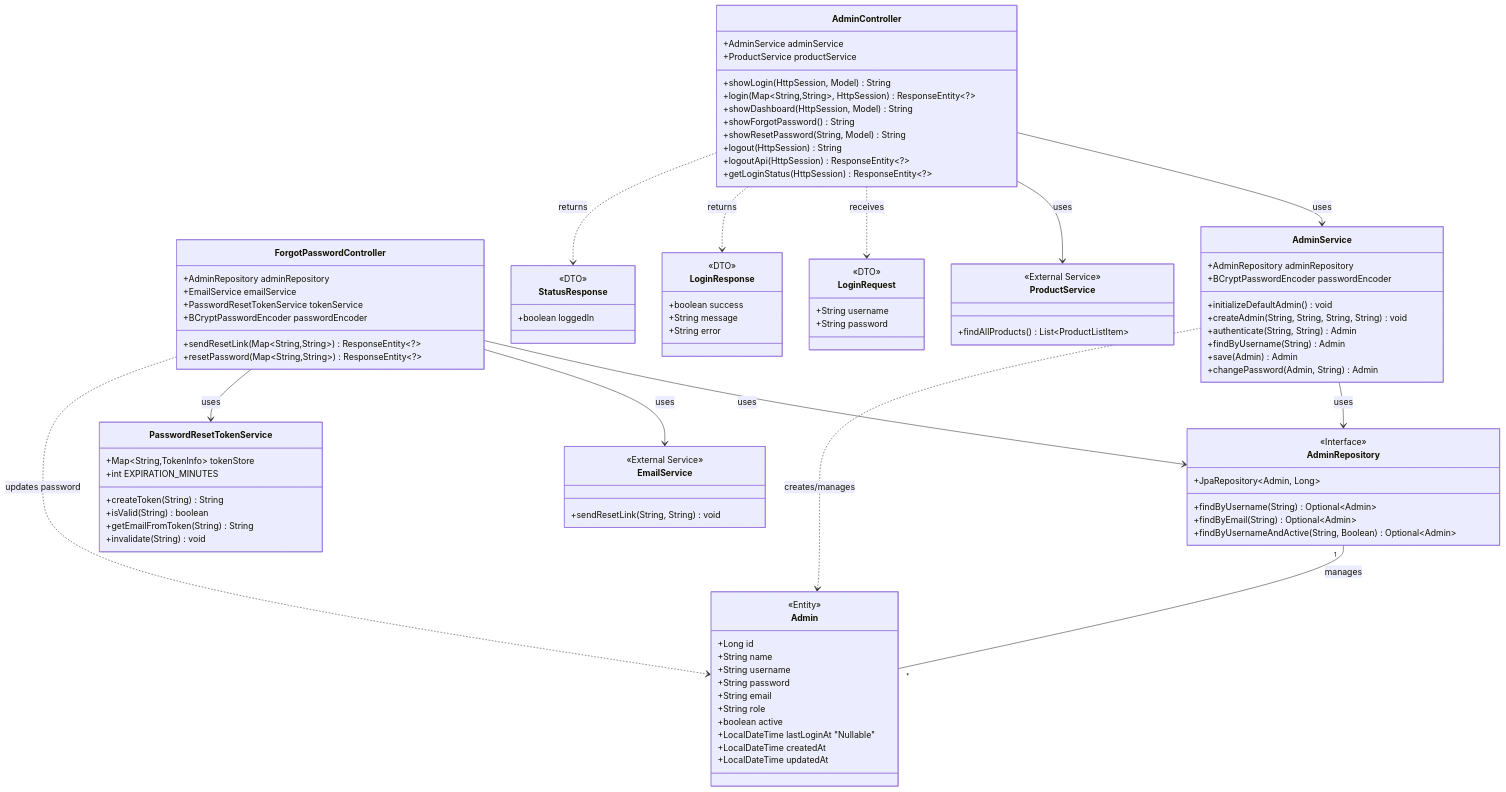
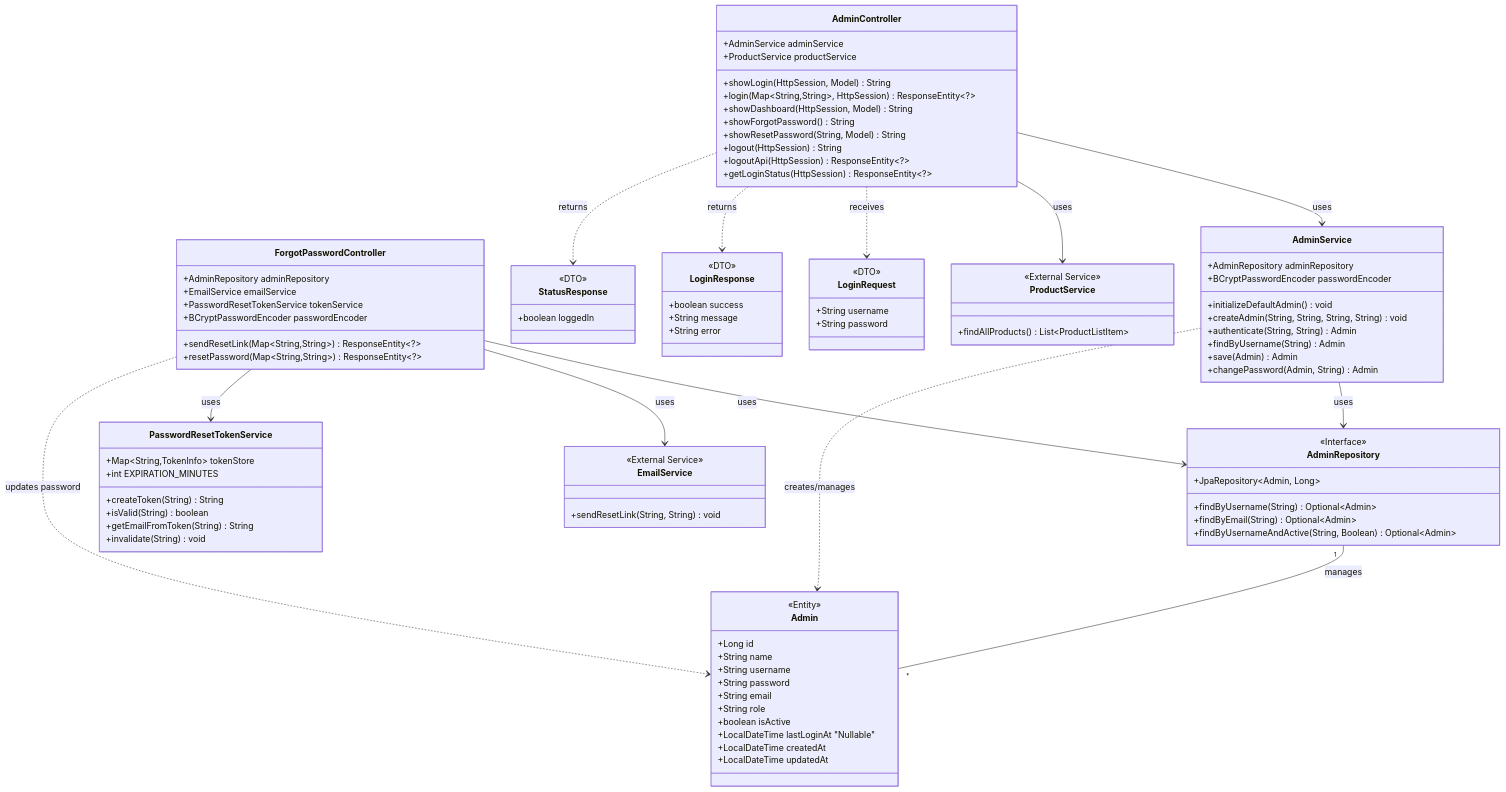
Before and after one commit to Rikumt12/Popcorn: diagram 11 of 13 in 詳細設計書/詳細設計書.md, drawn with Mermaid. The commit also changed other lines of this file and 1 other file, not shown here.

```diff
--- a/詳細設計書/詳細設計書.md
+++ b/詳細設計書/詳細設計書.md
@@ -614,7 +617,7 @@
         +String password
         +String email
         +String role
-        +boolean active
+        +boolean isActive
         +LocalDateTime lastLoginAt "Nullable"
         +LocalDateTime createdAt
         +LocalDateTime updatedAt
```
